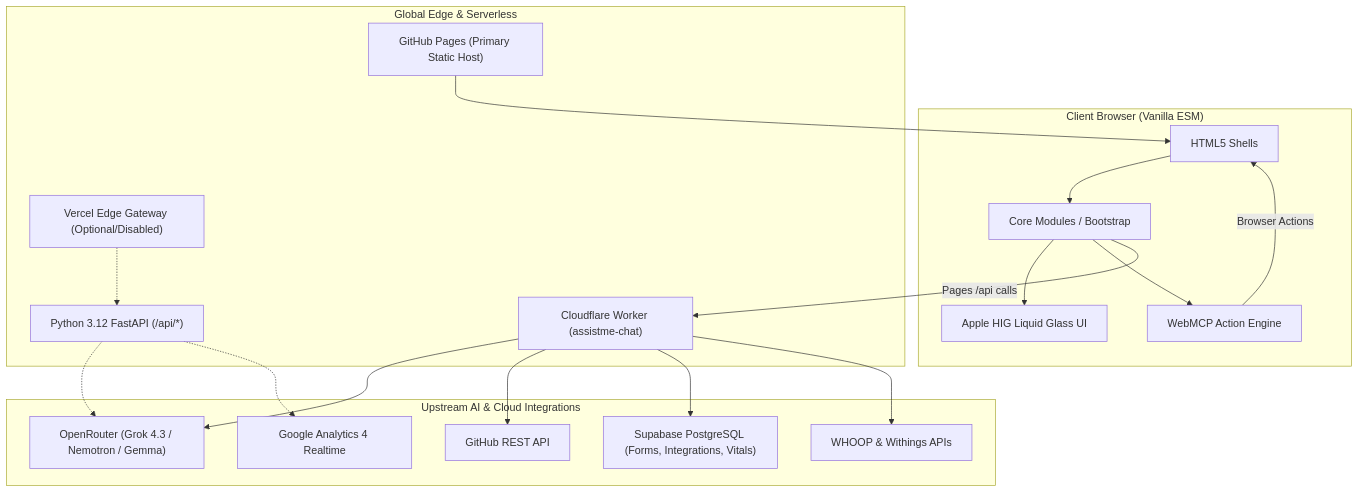
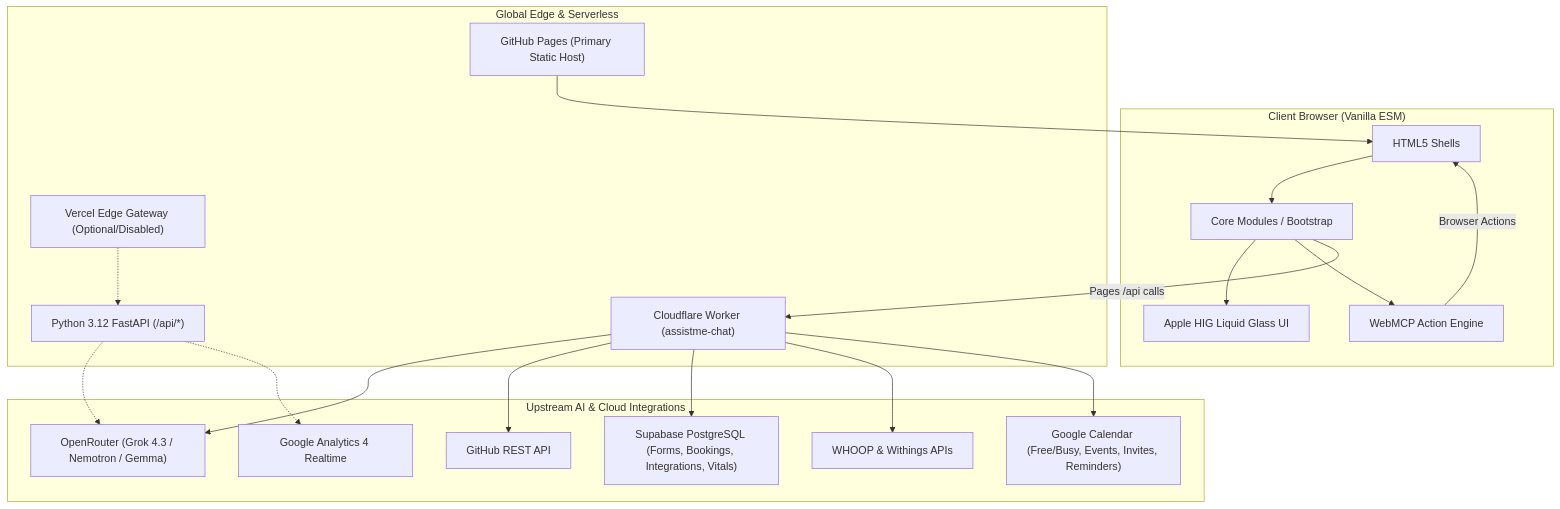
Before and after one commit to mangeshraut712/mangeshrautarchive: the diagram in README.md, drawn with Mermaid. The commit also changed other lines of this file and 6 other files, not shown here.

````diff
--- a/README.md
+++ b/README.md
@@ -129,37 +129,39 @@
 ```mermaid
 flowchart TD
   subgraph Client ["Client Browser (Vanilla ESM)"]
     DOM[HTML5 Shells]
     JS[Core Modules / Bootstrap]
     MCP[WebMCP Action Engine]
     UI[Apple HIG Liquid Glass UI]
   end
 
   subgraph Edge ["Global Edge & Serverless"]
     Pages["GitHub Pages (Primary Static Host)"]
     Vercel["Vercel Edge Gateway (Optional/Disabled)"]
     Worker["Cloudflare Worker (assistme-chat)"]
     FastAPI["Python 3.12 FastAPI (/api/*)"]
   end
 
   subgraph Upstream ["Upstream AI & Cloud Integrations"]
     OR["OpenRouter (Grok 4.3 / Nemotron / Gemma)"]
     GH["GitHub REST API"]
-    Supa["Supabase PostgreSQL (Forms, Integrations, Vitals)"]
+    Supa["Supabase PostgreSQL (Forms, Bookings, Integrations, Vitals)"]
+    GCal["Google Calendar (Free/Busy, Events, Invites, Reminders)"]
     WHOOP["WHOOP & Withings APIs"]
     GA4["Google Analytics 4 Realtime"]
   end
 
   DOM --> JS --> UI
   JS --> MCP
   MCP -->|Browser Actions| DOM
   JS -->|Pages /api calls| Worker
   Worker --> OR
   Worker --> GH
   Worker --> Supa
   Worker --> WHOOP
+  Worker --> GCal
   Vercel -.-> FastAPI
   FastAPI -.-> OR
   FastAPI -.-> GA4
   Pages --> DOM
 ```
````
